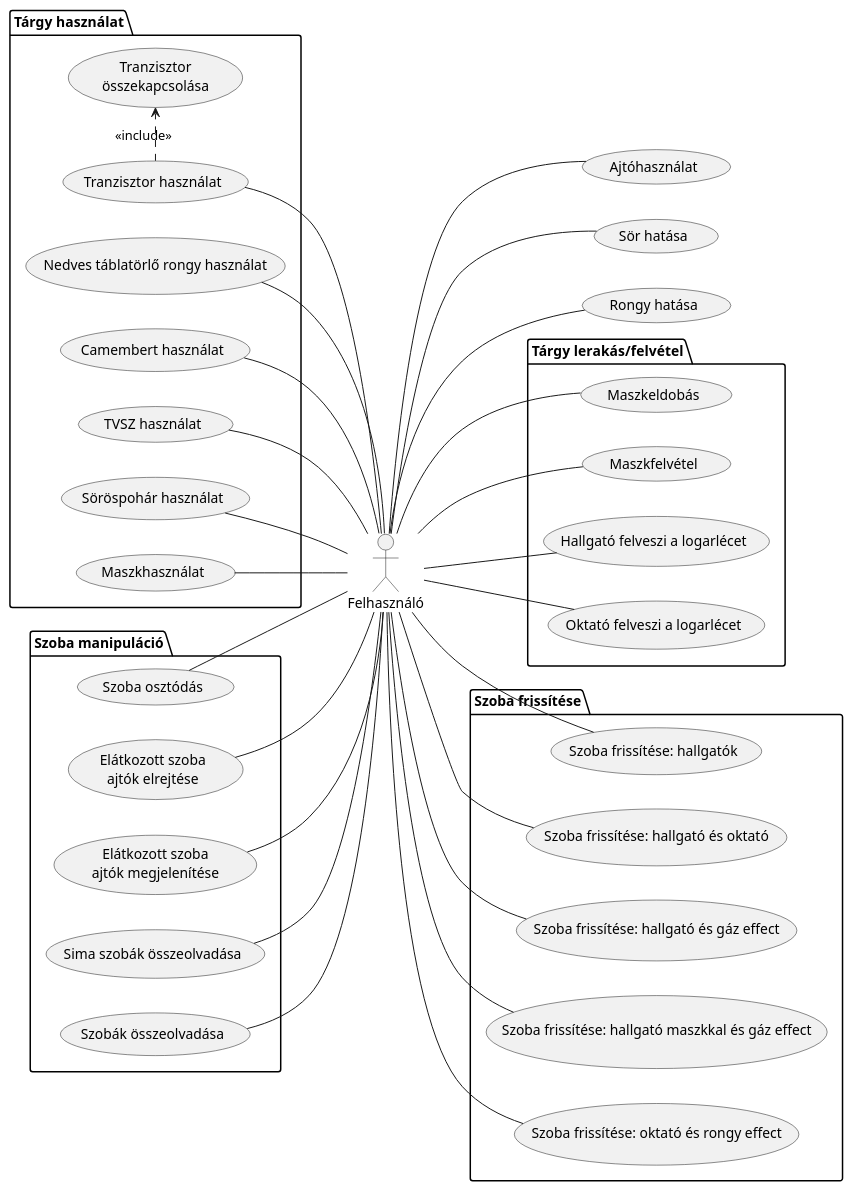
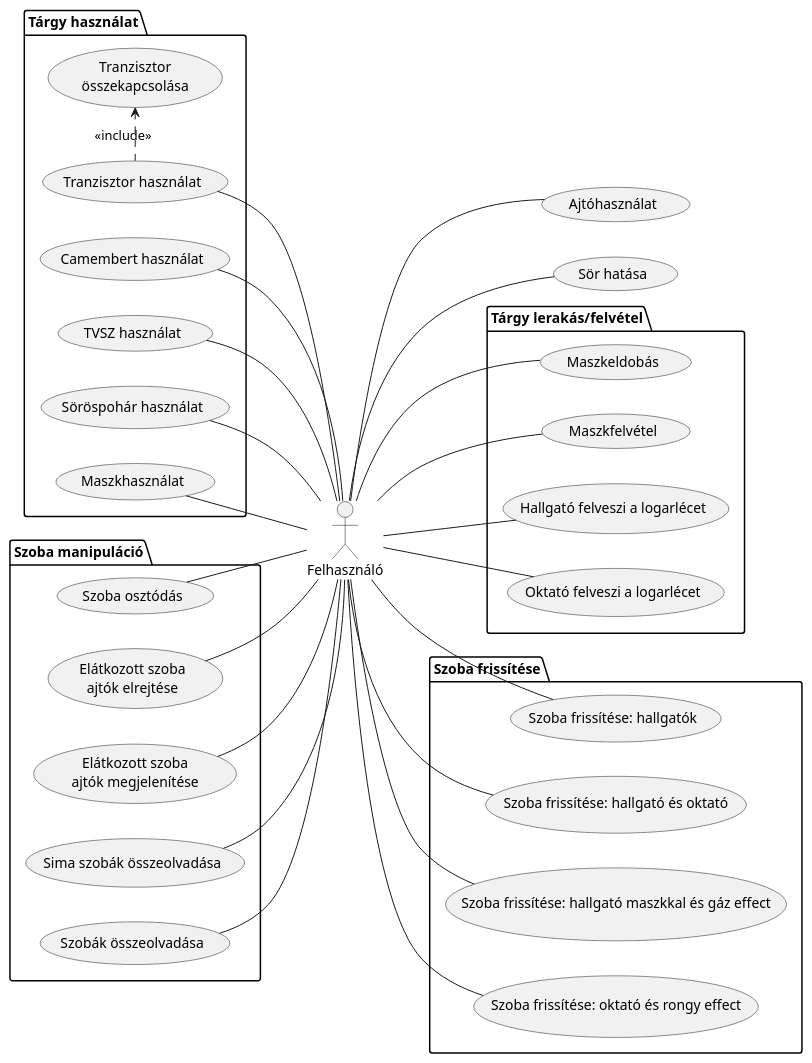
One commit to sn4k3ch4rm3r/logarlec changed the diagram in docs/diagrams/usecase/test-use-cases.puml. Above: the diagram before and after it, drawn with PlantUML. The commit also changed 11 other files, not shown here.

Commit message:
Fixed mistakes in test sequences

```diff
--- a/docs/diagrams/usecase/test-use-cases.puml
+++ b/docs/diagrams/usecase/test-use-cases.puml
@@ -1,76 +1,70 @@
 @startuml test-use-cases
 
 :Felhasználó: as User
 
 left to right direction
 
 usecase Ajtóhasználat as use_door
 
 package "Tárgy lerakás/felvétel"{
     usecase Maszkeldobás as drop_mask
     usecase Maszkfelvétel as pick_mask
     usecase "Hallgató felveszi a logarlécet" as student_pick_slide
     usecase "Oktató felveszi a logarlécet" as teacher_pick_slide
 }
 
 package "Tárgy használat"{
     usecase Maszkhasználat as use_mask
     usecase "TVSZ használat" as use_code
     usecase "Söröspohár használat" as use_beer
-    usecase "Nedves táblatörlő rongy használat" as use_rag
     usecase "Camembert használat" as use_camambert
     usecase "Tranzisztor használat" as use_trans
     usecase "Tranzisztor\nösszekapcsolása" as linking
 }
 
 usecase "Sör hatása" as beer_effect
-usecase "Rongy hatása" as rag_effect
 
 package "Szoba manipuláció"{
     usecase "Sima szobák összeolvadása" as merge_room_normal
     usecase "Szobák összeolvadása" as merge_room
     usecase "Elátkozott szoba\najtók elrejtése" as cursed_room_hide
     usecase "Elátkozott szoba\najtók megjelenítése" as cursed_room_show
     usecase "Szoba osztódás" as split_room
 }
 
 package "Szoba frissítése"{
     usecase "Szoba frissítése: hallgatók" as upd_room_students
     usecase "Szoba frissítése: hallgató és oktató" as upd_room_student_teacher
-    usecase "Szoba frissítése: hallgató és gáz effect" as upd_room_student_gas
     usecase "Szoba frissítése: hallgató maszkkal és gáz effect" as upd_room_student_mask_gas
     usecase "Szoba frissítése: oktató és rongy effect" as upd_room_teacher_rag
 }
 
 
 User -- use_door
 
 User -- pick_mask
 User -- drop_mask
 User -- student_pick_slide
 User -- teacher_pick_slide
 
 User -up- use_mask
 User -up- use_beer
 User -up- use_code
 User -up- use_camambert
-User -up- use_rag
 User -up- use_trans
 use_trans .> linking : <<include>>
 
 User -up- merge_room
 User -up- merge_room_normal
 User -up- cursed_room_show
 User -up- cursed_room_hide
 User -up- split_room
 
 User -- upd_room_students
 User -- upd_room_student_teacher
-User -- upd_room_student_gas
 User -- upd_room_student_mask_gas
 User -- upd_room_teacher_rag
 
 User -- beer_effect
-User -- rag_effect
 
 @enduml
```
